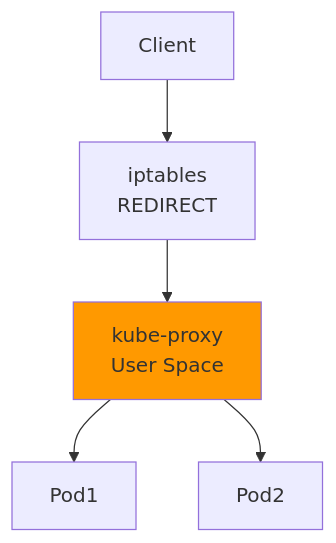
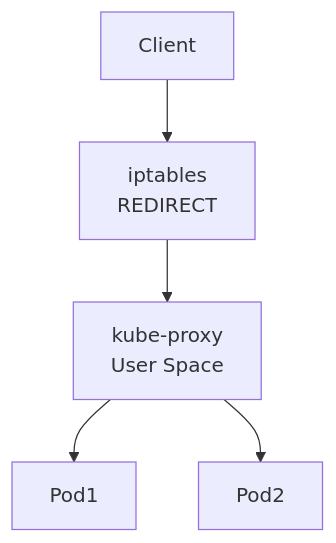
Diagram 16 of 25 in docs/eks/week2-networking.md (juwon8891/juwon8891.github.io), drawn with Mermaid before and after one commit. The commit also changed other lines of this file and 18 other files, not shown here.

Commit message:
Remove bright colors from Mermaid diagrams for dark mode compatibility

````diff
--- a/docs/eks/week2-networking.md
+++ b/docs/eks/week2-networking.md
@@ -798,9 +779,8 @@
 ```mermaid
 graph TB
     A[Client] --> B[iptables<br/>REDIRECT]
     B --> C[kube-proxy<br/>User Space]
     C --> D[Pod1]
     C --> E[Pod2]
 
-    style C fill:#ff9900
 ```
````
